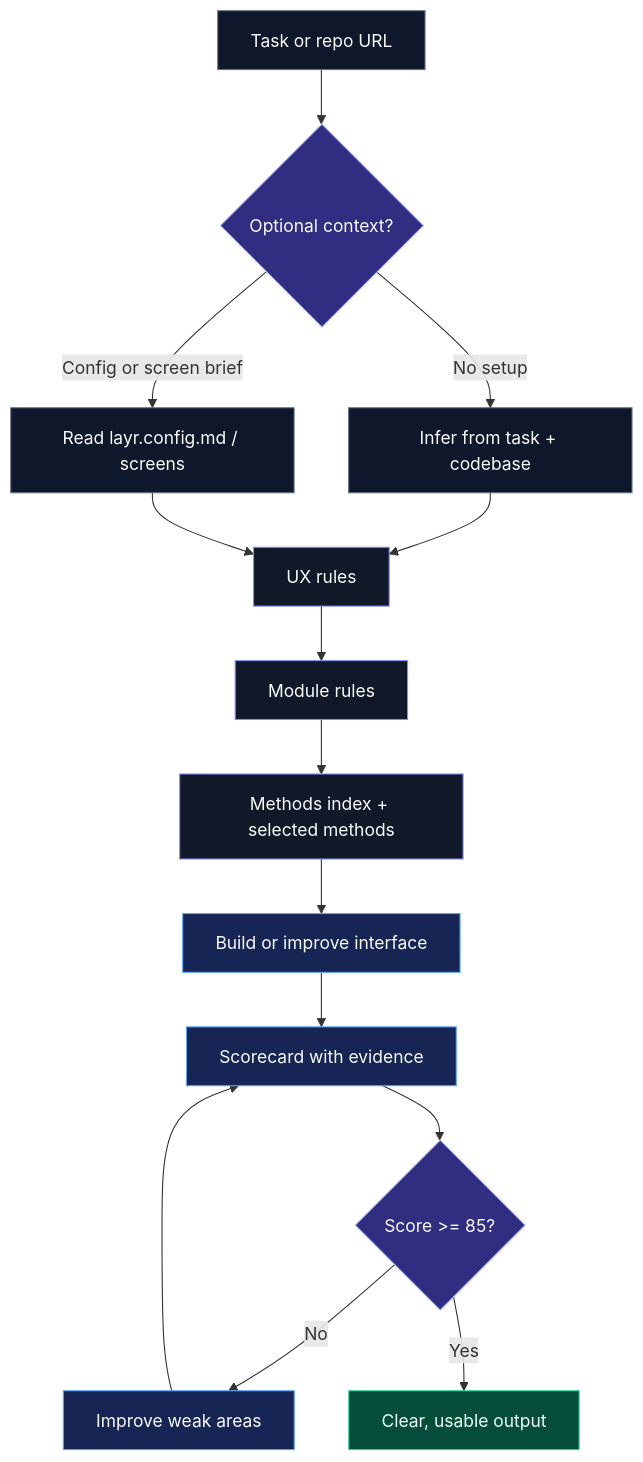
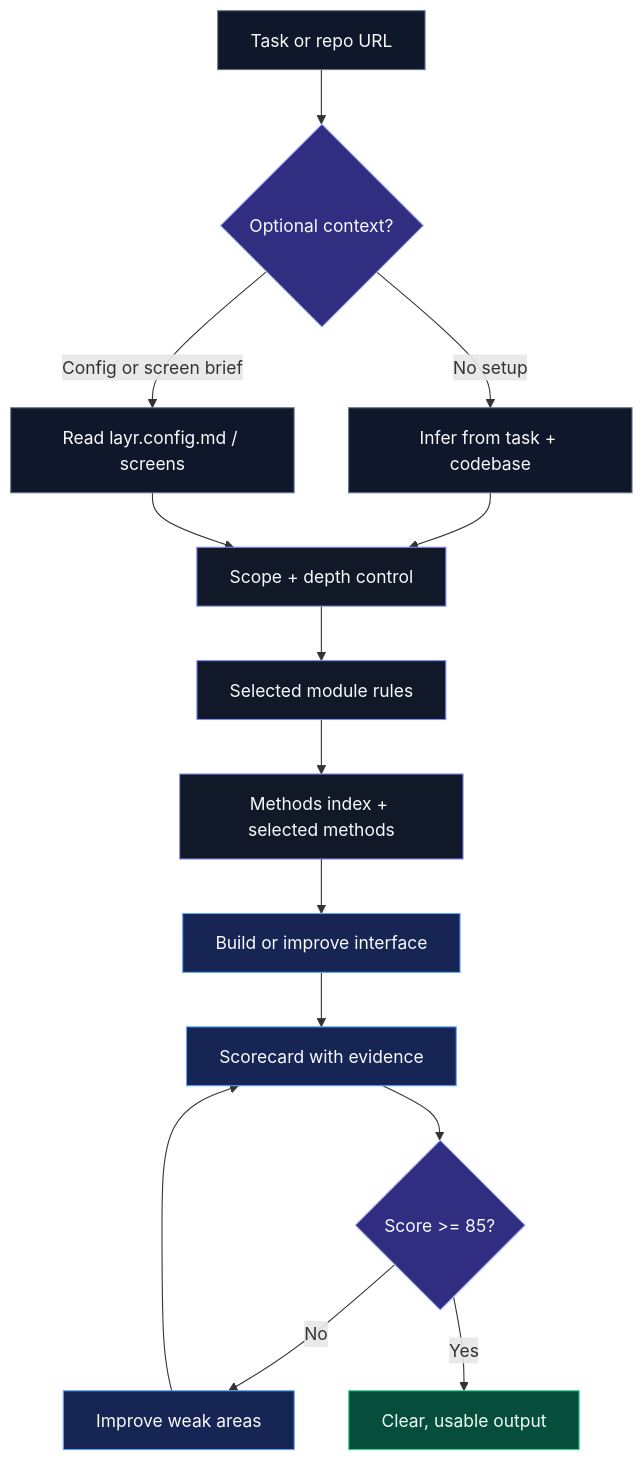
The diagram in README.md (Mike-Moore100/UX-Design-System-for-AI), drawn with Mermaid before and after one commit. The commit also changed other lines of this file, not shown here.

````diff
--- a/README.md
+++ b/README.md
@@ -181,28 +195,28 @@
 ```mermaid
 flowchart TD
     A["Task or repo URL"] --> B{"Optional context?"}
     B -- "No setup" --> C["Infer from task + codebase"]
     B -- "Config or screen brief" --> D["Read layr.config.md / screens"]
-    C --> E["UX rules"]
+    C --> E["Scope + depth control"]
     D --> E
-    E --> F["Module rules"]
+    E --> F["Selected module rules"]
     F --> G["Methods index + selected methods"]
     G --> H["Build or improve interface"]
     H --> I["Scorecard with evidence"]
     I --> J{"Score >= 85?"}
     J -- "No" --> K["Improve weak areas"]
     K --> I
     J -- "Yes" --> L["Clear, usable output"]
 
     classDef input fill:#0f172a,stroke:#64748b,color:#f8fafc;
     classDef rules fill:#111827,stroke:#818cf8,color:#f8fafc;
     classDef action fill:#172554,stroke:#60a5fa,color:#f8fafc;
     classDef decision fill:#312e81,stroke:#a5b4fc,color:#f8fafc;
     classDef output fill:#064e3b,stroke:#34d399,color:#ecfdf5;
 
     class A,C,D input;
     class E,F,G rules;
     class H,I,K action;
     class B,J decision;
     class L output;
 ```
````
